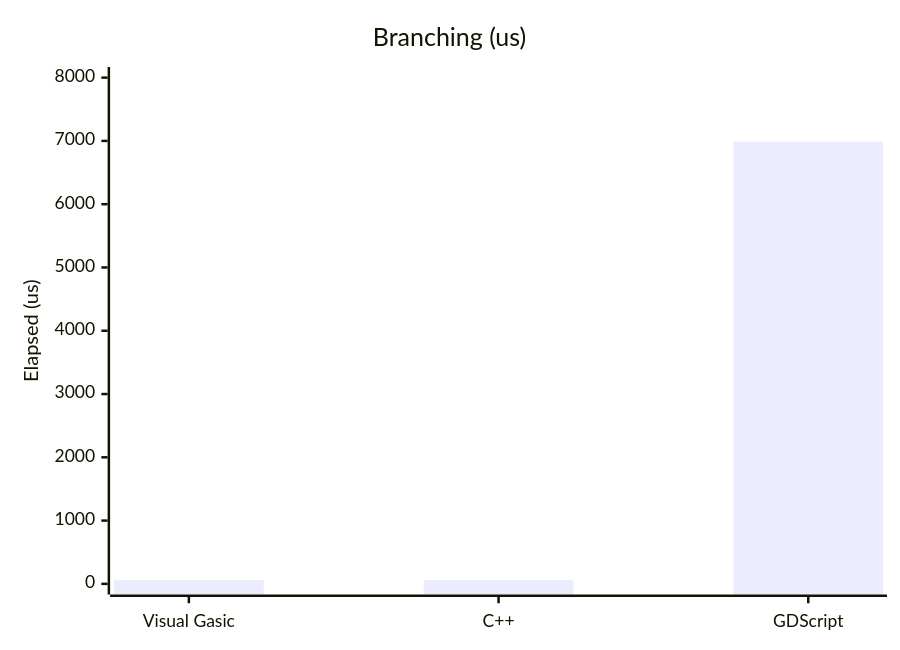
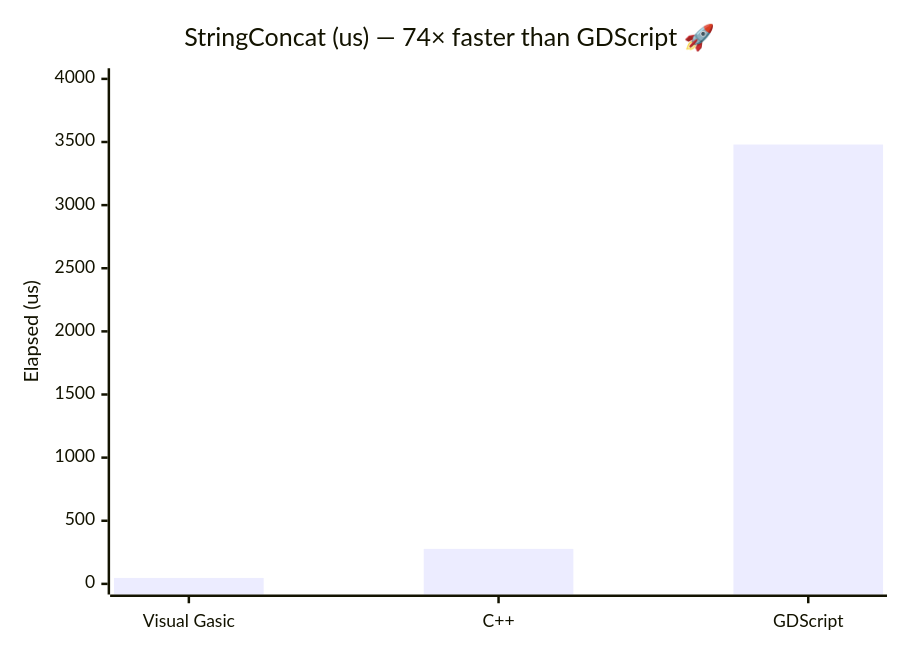
One commit to xgreenrx-star/VisualGasic changed the third of 11 diagrams in docs/manual/performance.md. Above: the diagram before and after it, drawn with Mermaid. The commit also changed other lines of this file and 50 other files, not shown here.

````diff
--- a/docs/manual/performance.md
+++ b/docs/manual/performance.md
@@ -107,7 +157,7 @@
 ```mermaid
 xychart-beta
-    title "Branching (us)"
+    title "StringConcat (us) — 74× faster than GDScript 🚀"
     x-axis ["Visual Gasic","C++","GDScript"]
-    y-axis "Elapsed (us)" 0 --> 8000
-    bar [59,60,6988]
+    y-axis "Elapsed (us)" 0 --> 4000
+    bar [47,277,3480]
 ```
````
